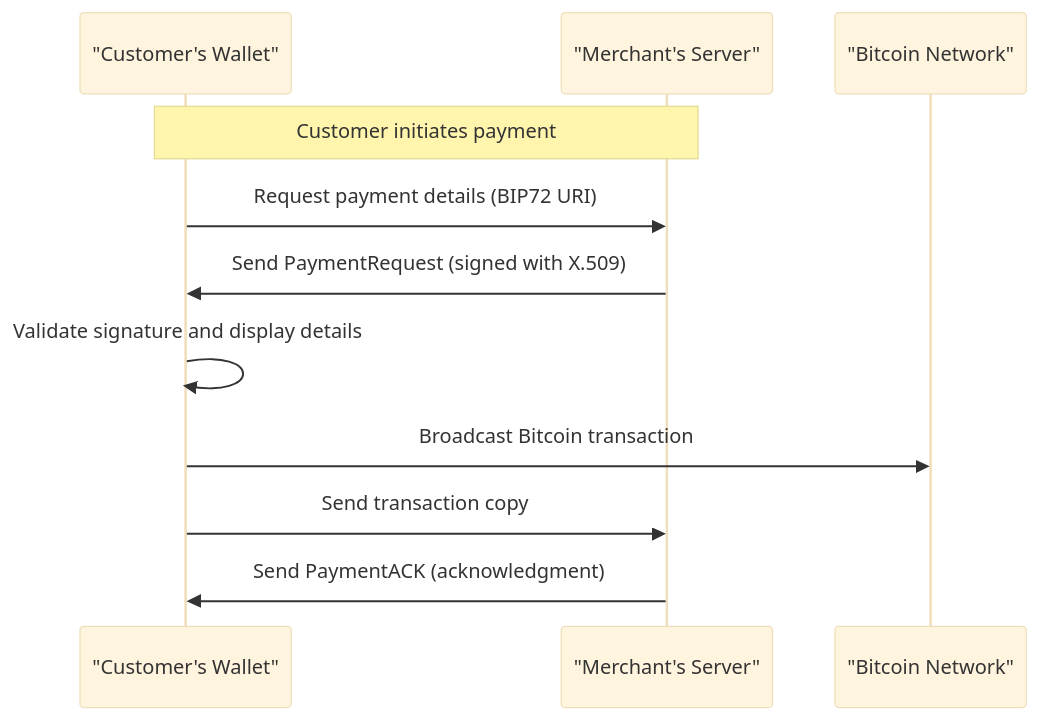
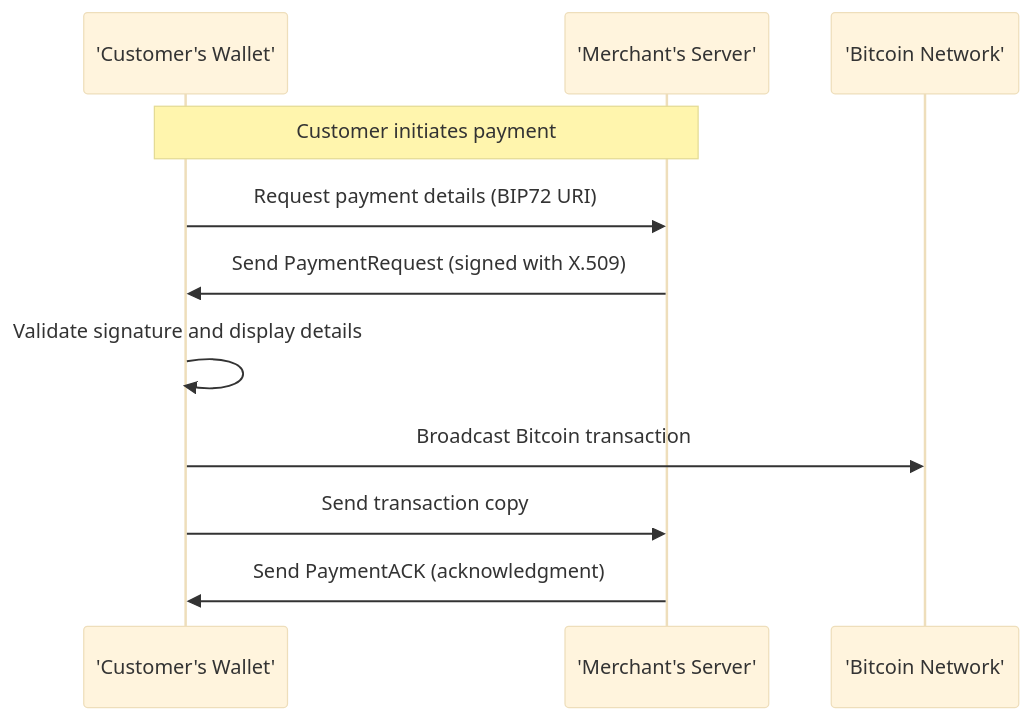
One commit to cqhung1412/bip70-multisign-demo changed the diagram in docs/bip70-mermaid.md. Above: the diagram before and after it, drawn with Mermaid (base theme).

````diff
--- a/docs/bip70-mermaid.md
+++ b/docs/bip70-mermaid.md
@@ -1,14 +1,14 @@
 ```mermaid
 sequenceDiagram
-    participant Customer as "Customer's Wallet"
-    participant Merchant as "Merchant's Server"
-    participant Network as "Bitcoin Network"
+    participant Customer as 'Customer's Wallet'
+    participant Merchant as 'Merchant's Server'
+    participant Network as 'Bitcoin Network'
 
     Note over Customer,Merchant: Customer initiates payment
     Customer->>Merchant: Request payment details (BIP72 URI)
     Merchant->>Customer: Send PaymentRequest (signed with X.509)
     Customer->>Customer: Validate signature and display details
     Customer->>Network: Broadcast Bitcoin transaction
     Customer->>Merchant: Send transaction copy
     Merchant->>Customer: Send PaymentACK (acknowledgment)
 ```
````
